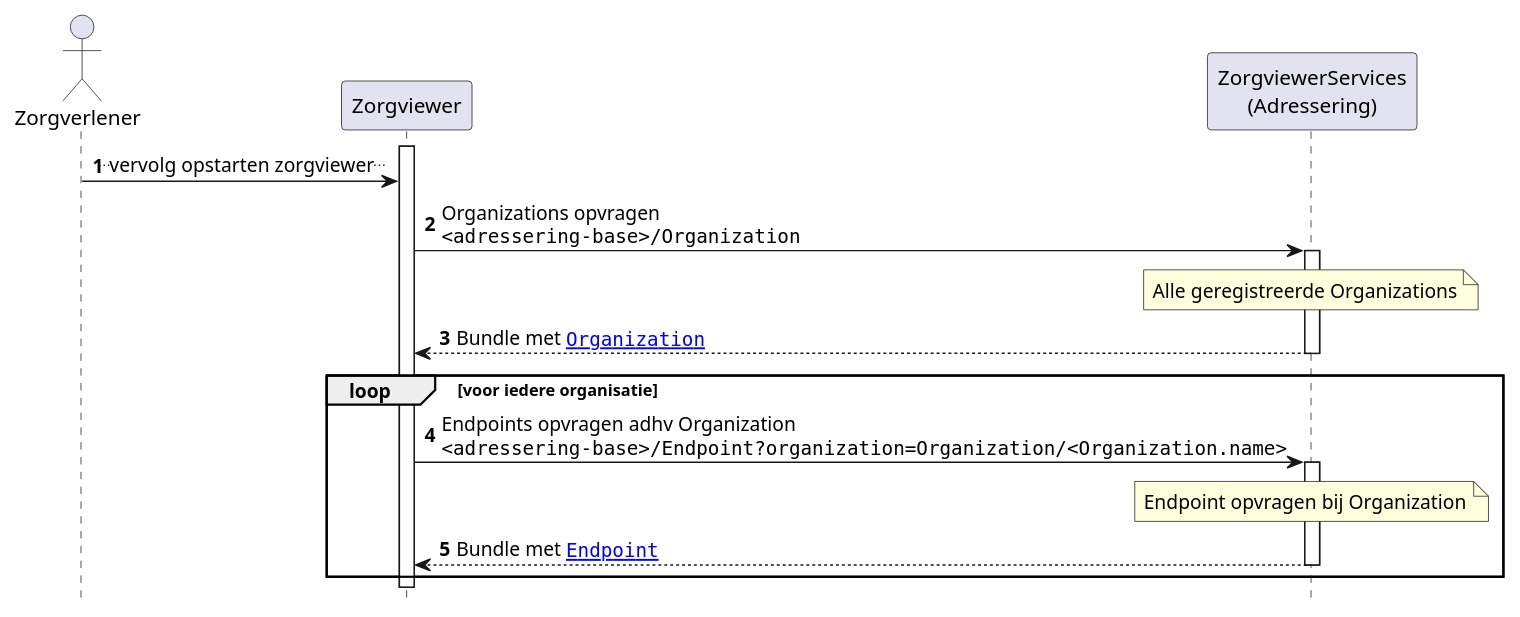
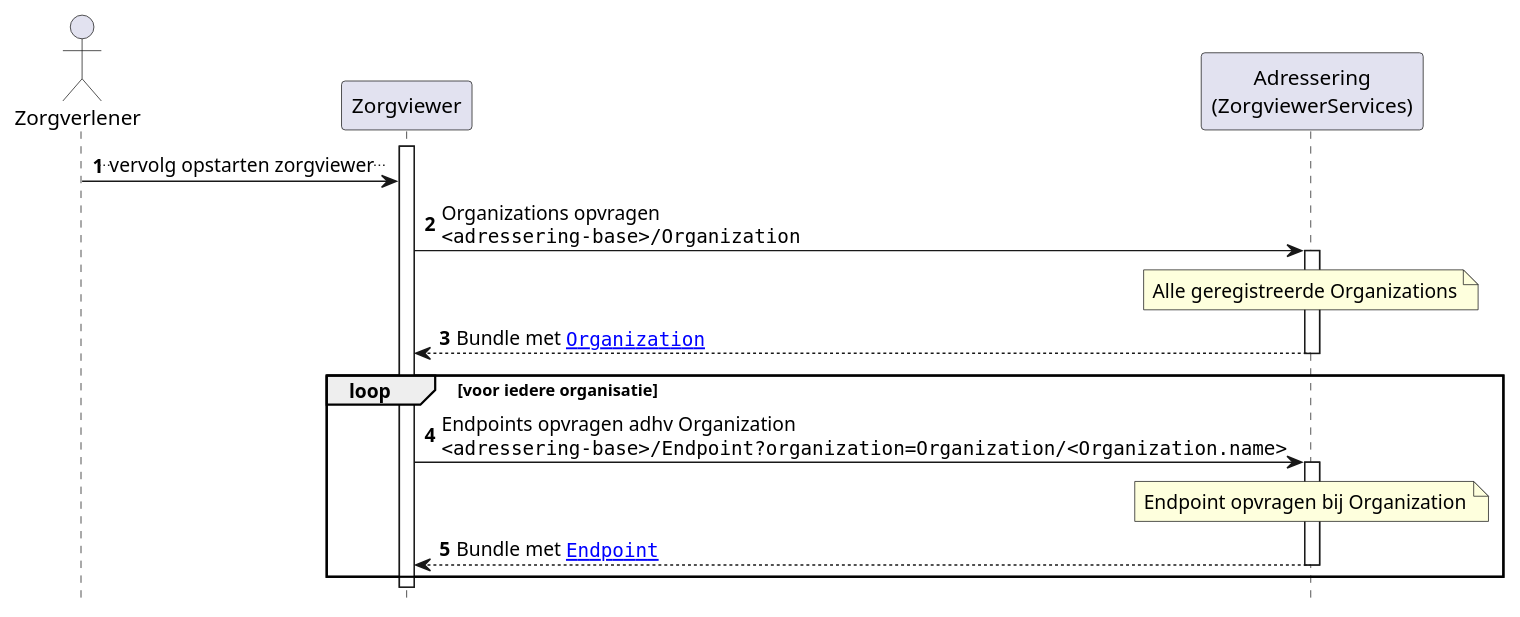
The diagram in input/images-source/Zorgviewer-seq-2a.plantuml (RIVO-Noord/zorgviewer-ig), drawn with PlantUML before and after one commit. The commit also changed 1 other file, not shown here.

```diff
--- a/input/images-source/Zorgviewer-seq-2a.plantuml
+++ b/input/images-source/Zorgviewer-seq-2a.plantuml
@@ -1,32 +1,32 @@
 @startuml
 hide footbox
 autonumber
 
 actor Zorgverlener
 participant "Zorgviewer" as Zorgviewer
-participant "ZorgviewerServices\n(Adressering)" as Adressering
+participant "Adressering\n(ZorgviewerServices)" as Adressering
 
 activate Zorgviewer
 Zorgverlener->Zorgviewer: ..vervolg opstarten zorgviewer..
 
 Zorgviewer->Adressering: Organizations opvragen\n""<adressering-base>/Organization""
 note over Adressering
   Alle geregistreerde Organizations
 end note
 activate Adressering
 Adressering-->Zorgviewer: Bundle met ""[[StructureDefinition-Organization.html Organization]]""
 deactivate Adressering
 
 loop voor iedere organisatie
     Zorgviewer->Adressering: Endpoints opvragen adhv Organization\n""<adressering-base>/Endpoint?organization=Organization/<Organization.name>""
     note over Adressering
     Endpoint opvragen bij Organization
     end note
     activate Adressering
     Adressering-->Zorgviewer: Bundle met ""[[StructureDefinition-Endpoint.html Endpoint]]""
     deactivate Adressering
 end loop
 
 deactivate Zorgviewer
 
 @enduml
```
